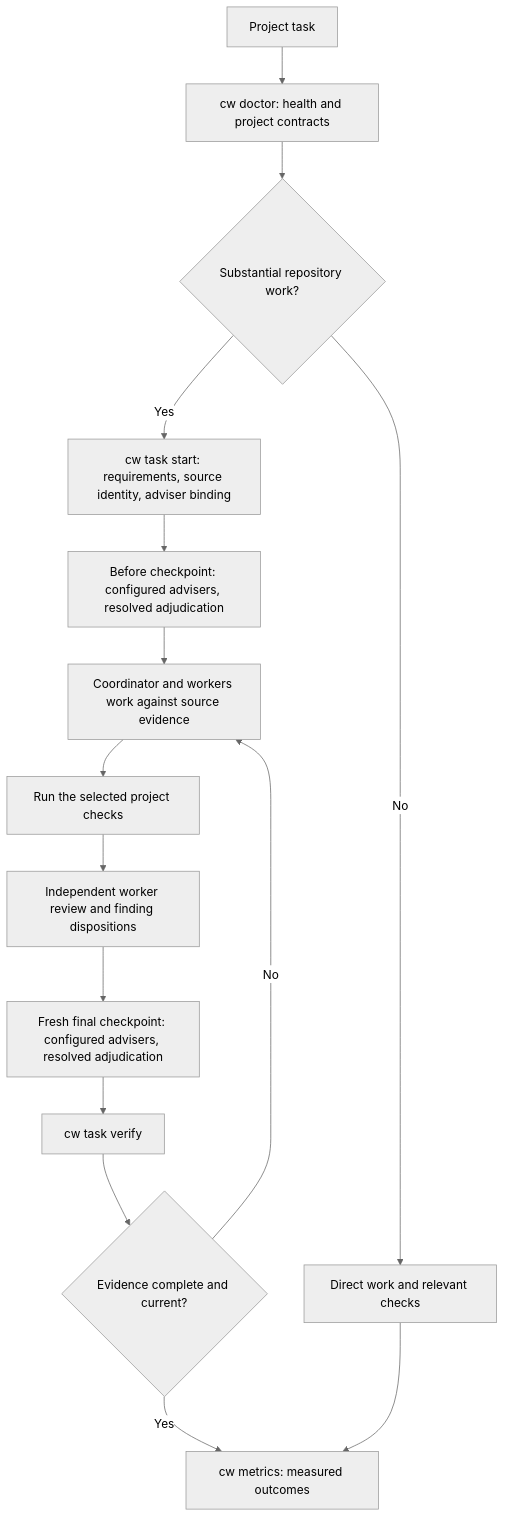
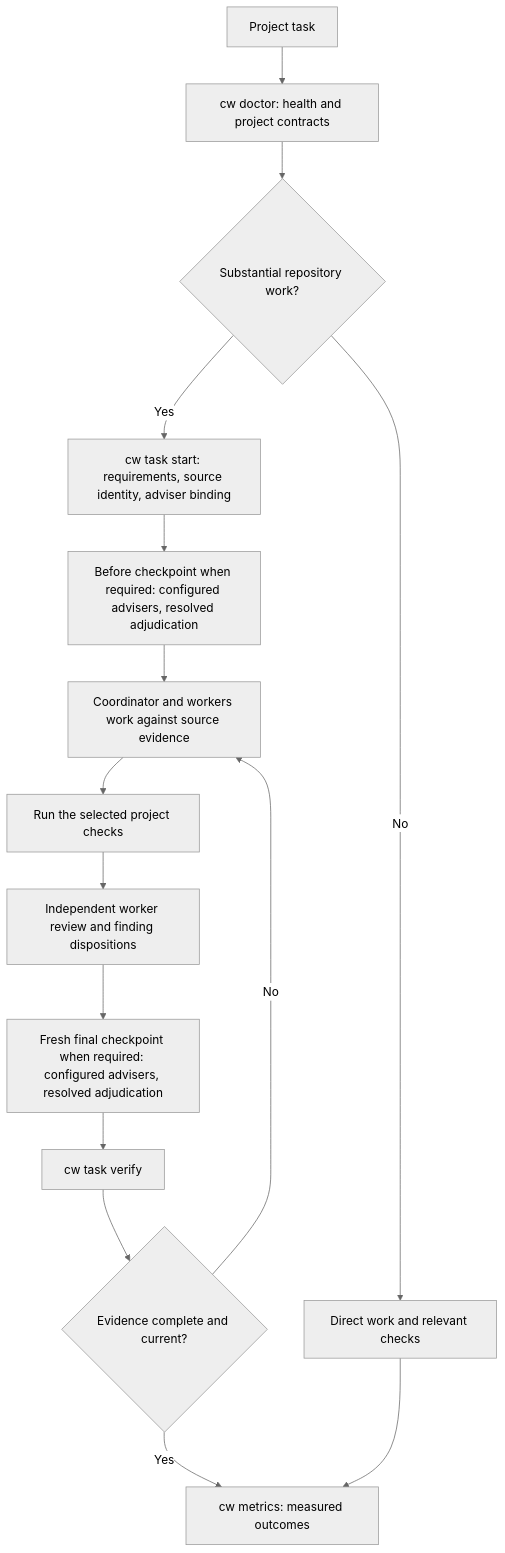
One commit to belevtsev/agent-workflows changed the first of 2 diagrams in README.md. Above: the diagram before and after it, drawn with Mermaid (neutral theme). The commit also changed other lines of this file and 49 other files, not shown here.

````diff
--- a/README.md
+++ b/README.md
@@ -377,17 +389,17 @@
 ```mermaid
 flowchart TD
     Task[Project task] --> Doctor[cw doctor: health and project contracts]
     Doctor --> Size{Substantial repository work?}
     Size -->|No| Small[Direct work and relevant checks]
     Size -->|Yes| Record[cw task start: requirements, source identity, adviser binding]
-    Record --> Before[Before checkpoint: configured advisers, resolved adjudication]
+    Record --> Before[Before checkpoint when required: configured advisers, resolved adjudication]
     Before --> Work[Coordinator and workers work against source evidence]
     Work --> Checks[Run the selected project checks]
     Checks --> Review[Independent worker review and finding dispositions]
-    Review --> Final[Fresh final checkpoint: configured advisers, resolved adjudication]
+    Review --> Final[Fresh final checkpoint when required: configured advisers, resolved adjudication]
     Final --> Verify[cw task verify]
     Verify --> Complete{Evidence complete and current?}
     Complete -->|No| Work
     Complete -->|Yes| Metrics[cw metrics: measured outcomes]
     Small --> Metrics
 ```
````
